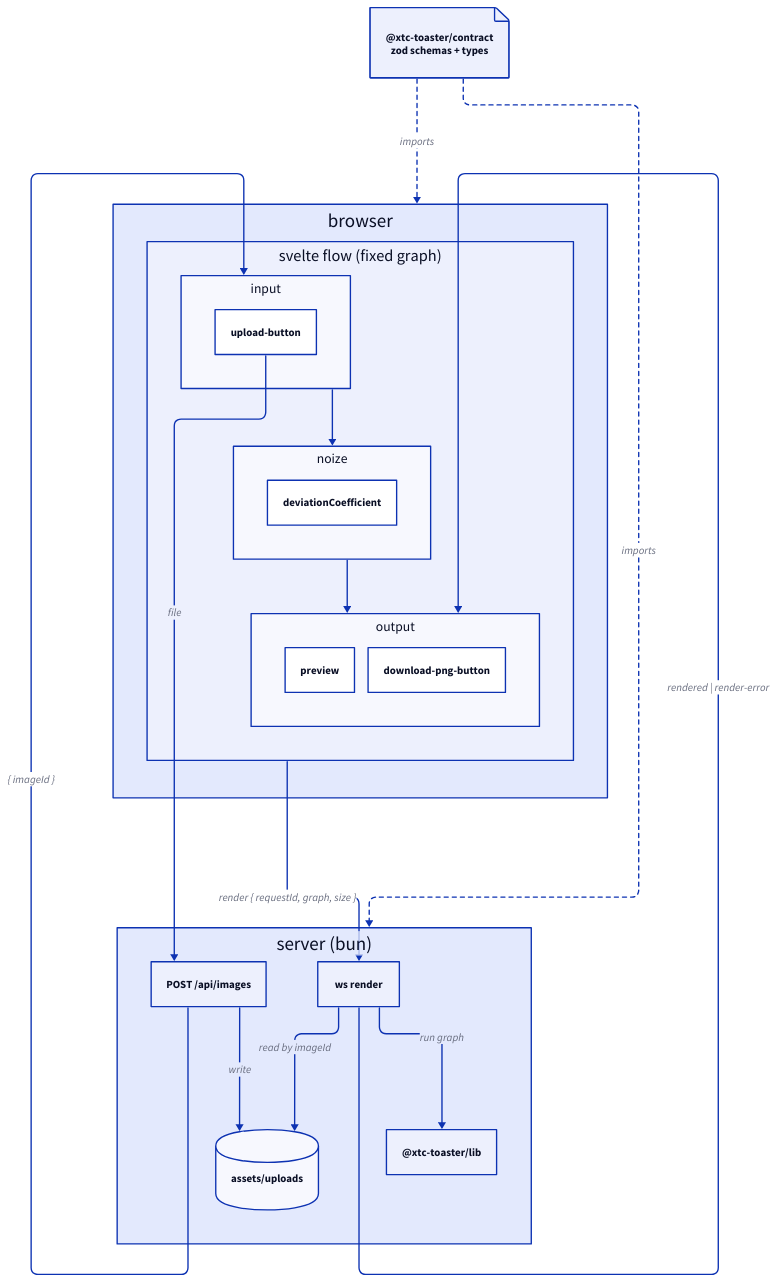
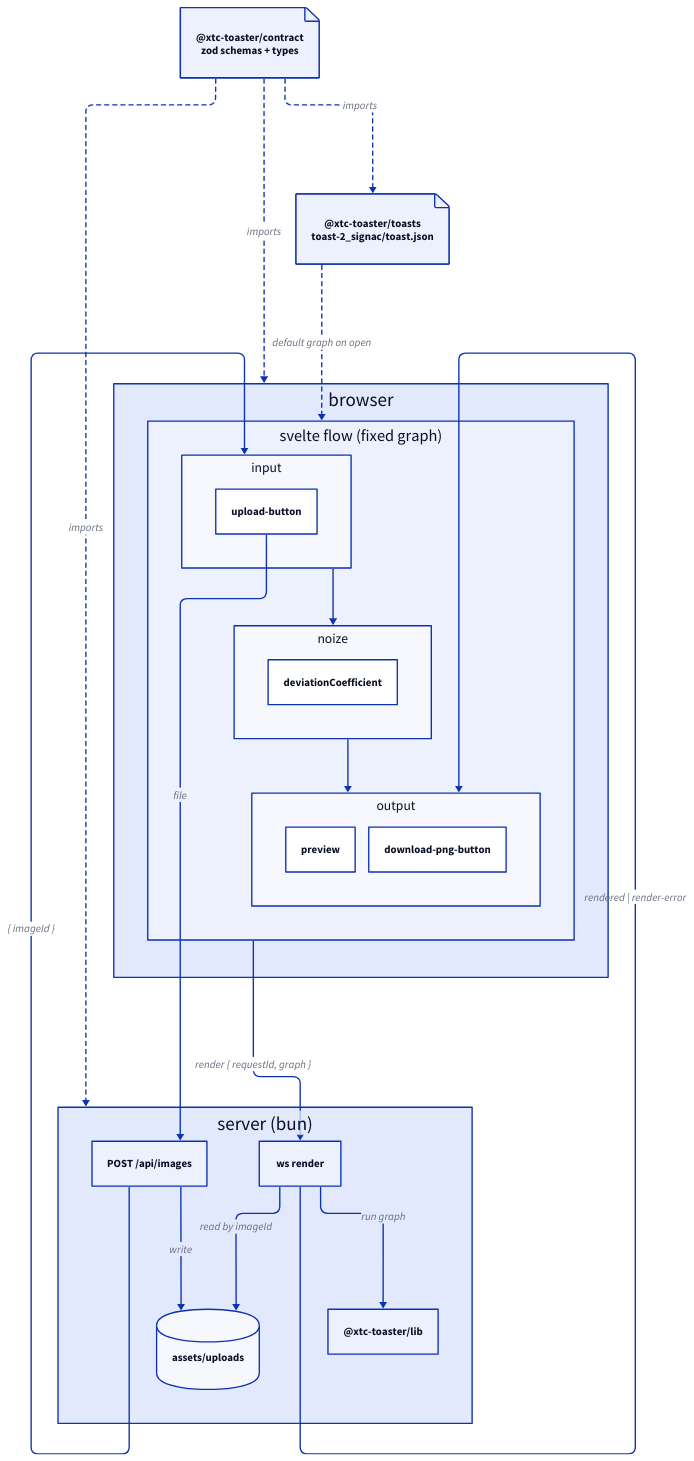
Before and after one commit to iwwwanow/xtc-toaster: the diagram in docs/sprints/sprint-1.diagram.d2, drawn with D2. The commit also changed 3 other files, not shown here.

First line of the commit message:
docs(sprint-1): close spec holes, repo structure, signac toast

```diff
--- a/docs/sprints/sprint-1.diagram.d2
+++ b/docs/sprints/sprint-1.diagram.d2
@@ -1,50 +1,61 @@
 vars: {
   d2-config: {
     layout-engine: elk
   }
 }
 
 contract: "@xtc-toaster/contract\nzod schemas + types" {
+  shape: page
+}
+
+signac: "@xtc-toaster/toasts\ntoast-2_signac/toast.json" {
   shape: page
 }
 
 client: browser {
   graph: svelte flow (fixed graph) {
     input: input {
       upload-button
     }
     noize: noize {
       deviationCoefficient
     }
     output: output {
       preview
       download-png-button
     }
     input -> noize -> output
   }
 }
 
 server: server (bun) {
   http: "POST /api/images"
   ws: ws render
   uploads: assets/uploads {
     shape: cylinder
   }
   lib: "@xtc-toaster/lib"
 
   http -> uploads: write
   ws -> uploads: read by imageId
   ws -> lib: run graph
 }
 
 client.graph.input.upload-button -> server.http: file
 server.http -> client.graph.input: "{ imageId }"
-client.graph -> server.ws: "render { requestId, graph, size }"
+client.graph -> server.ws: "render { requestId, graph }"
 server.ws -> client.graph.output: "rendered | render-error"
 
 contract -> client: imports {
   style.stroke-dash: 3
 }
 contract -> server: imports {
   style.stroke-dash: 3
 }
+
+signac -> client.graph: default graph on open {
+  style.stroke-dash: 3
+}
+contract -> signac: imports {
+  style.stroke-dash: 3
+}
```
